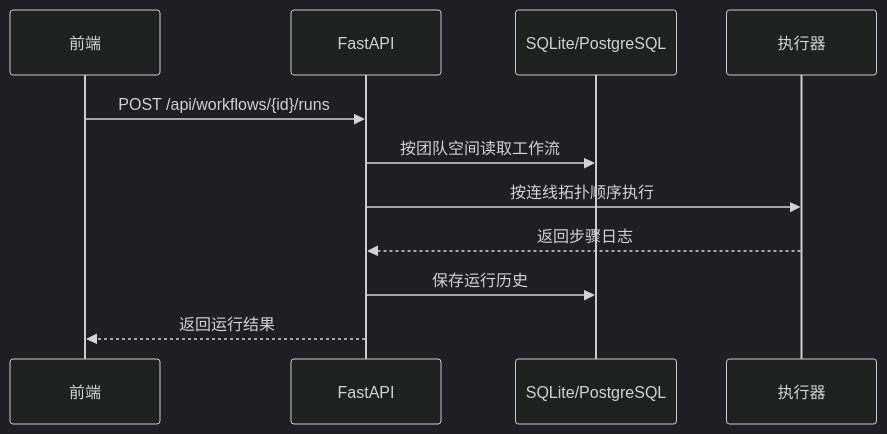
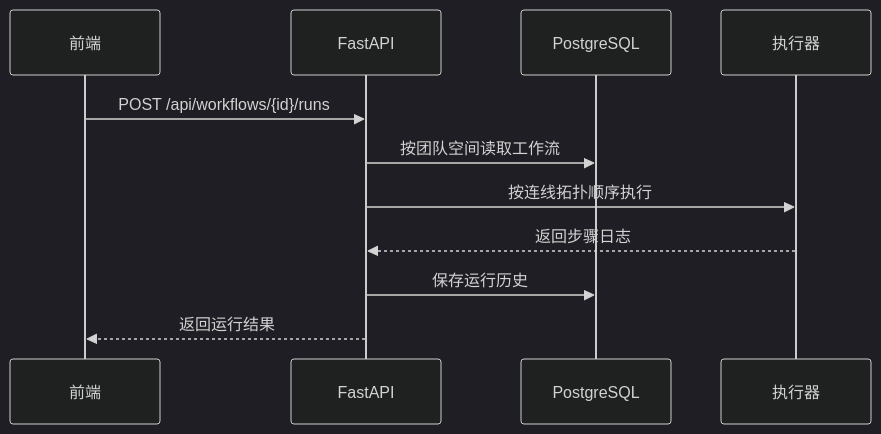
The third of 3 diagrams in docs/architecture.md (996963759/workflow-studio), drawn with Mermaid (dark theme) before and after one commit. The commit also changed other lines of this file and 22 other files, not shown here.

First line of the commit message:
refactor: standardize runtime on PostgreSQL

````diff
--- a/docs/architecture.md
+++ b/docs/architecture.md
@@ -79,13 +79,13 @@
 ```mermaid
 sequenceDiagram
   participant UI as 前端
   participant API as FastAPI
-  participant DB as SQLite/PostgreSQL
+  participant DB as PostgreSQL
   participant Runner as 执行器
   UI->>API: POST /api/workflows/{id}/runs
   API->>DB: 按团队空间读取工作流
   API->>Runner: 按连线拓扑顺序执行
   Runner-->>API: 返回步骤日志
   API->>DB: 保存运行历史
   API-->>UI: 返回运行结果
 ```
````
